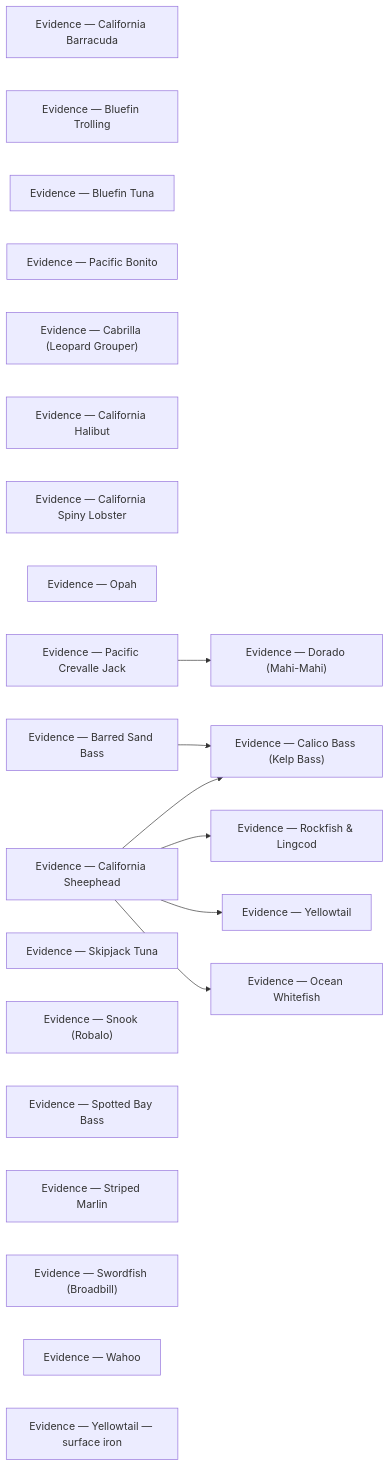
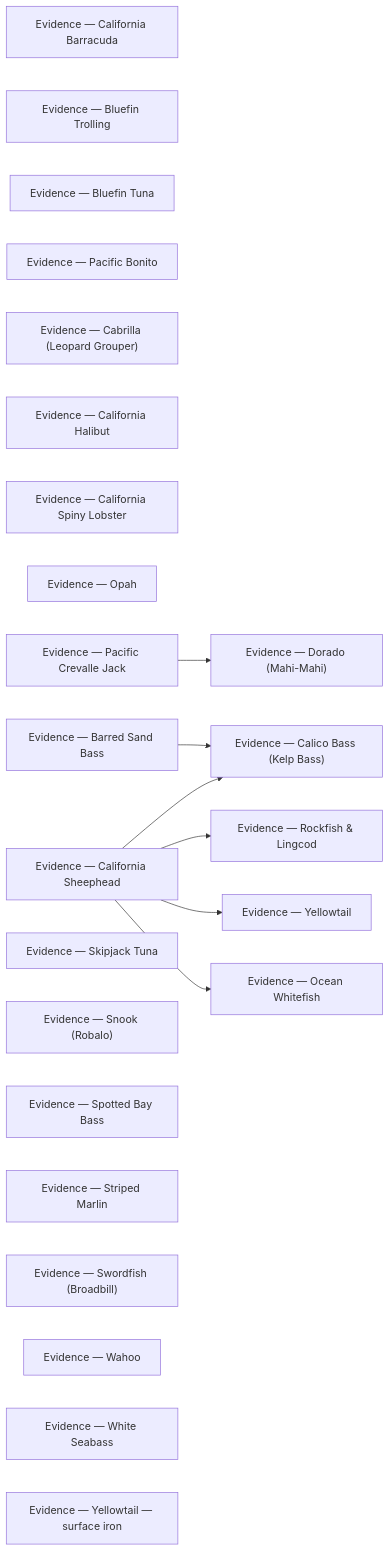
Before and after one commit to camchuckpete-max/Socal-Fishing-Knowledge: the diagram in species/evidence/README.md, drawn with Mermaid. The commit also changed other lines of this file and 18 other files, not shown here.

Commit message:
review: species/white-seabass.md — transform

````diff
--- a/species/evidence/README.md
+++ b/species/evidence/README.md
@@ -36,32 +37,33 @@
 ```mermaid
 graph LR
   n0["Evidence — California Barracuda"]
   n1["Evidence — Bluefin Trolling"]
   n2["Evidence — Bluefin Tuna"]
   n3["Evidence — Pacific Bonito"]
   n4["Evidence — Cabrilla (Leopard Grouper)"]
   n5["Evidence — Calico Bass (Kelp Bass)"]
   n6["Evidence — California Halibut"]
   n7["Evidence — California Spiny Lobster"]
   n8["Evidence — Dorado (Mahi-Mahi)"]
   n9["Evidence — Ocean Whitefish"]
   n10["Evidence — Opah"]
   n11["Evidence — Pacific Crevalle Jack"]
   n12["Evidence — Rockfish & Lingcod"]
   n13["Evidence — Barred Sand Bass"]
   n14["Evidence — California Sheephead"]
   n15["Evidence — Skipjack Tuna"]
   n16["Evidence — Snook (Robalo)"]
   n17["Evidence — Spotted Bay Bass"]
   n18["Evidence — Striped Marlin"]
   n19["Evidence — Swordfish (Broadbill)"]
   n20["Evidence — Wahoo"]
-  n21["Evidence — Yellowtail — surface iron"]
-  n22["Evidence — Yellowtail"]
+  n21["Evidence — White Seabass"]
+  n22["Evidence — Yellowtail — surface iron"]
+  n23["Evidence — Yellowtail"]
   n11 --> n8
   n13 --> n5
   n14 --> n12
-  n14 --> n22
+  n14 --> n23
   n14 --> n5
   n14 --> n9
 ```
````
